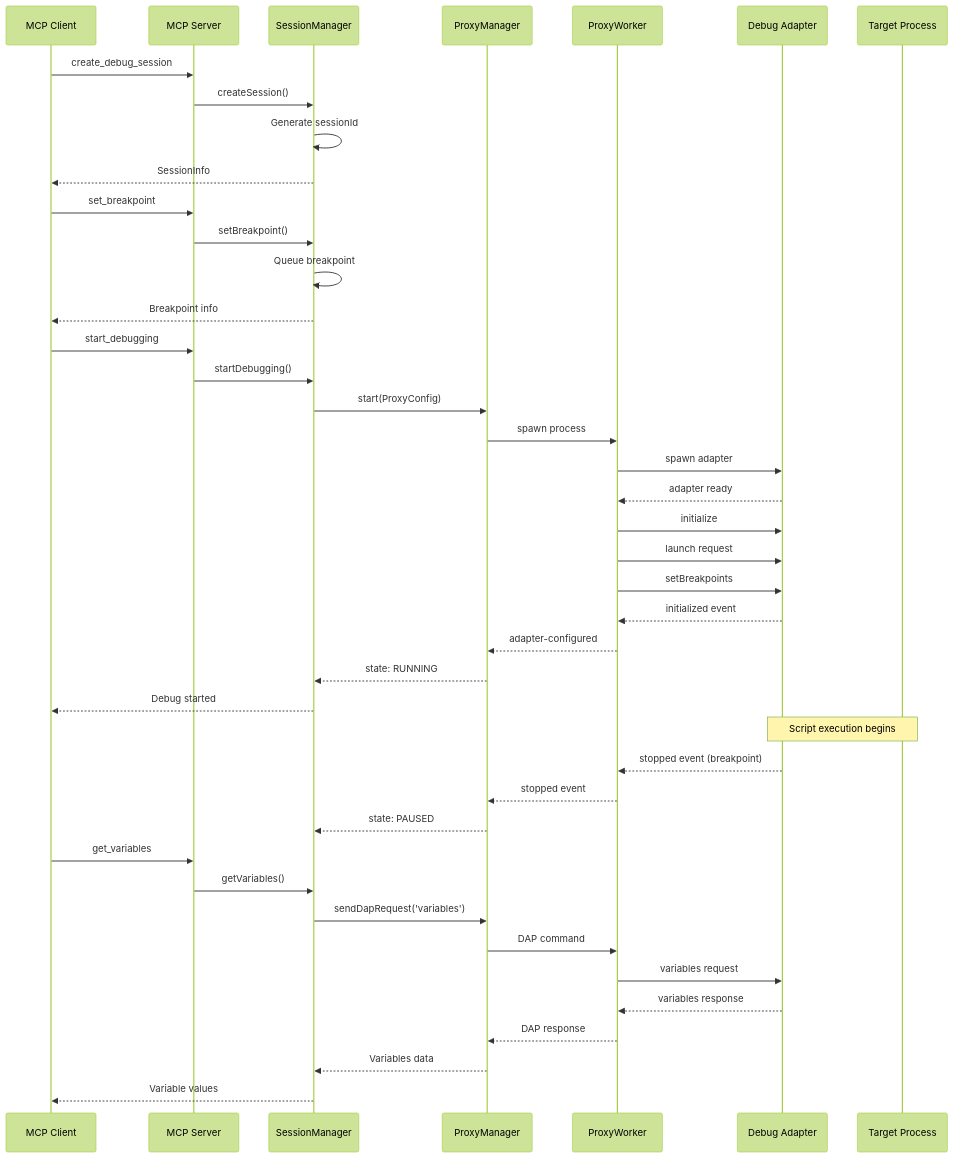
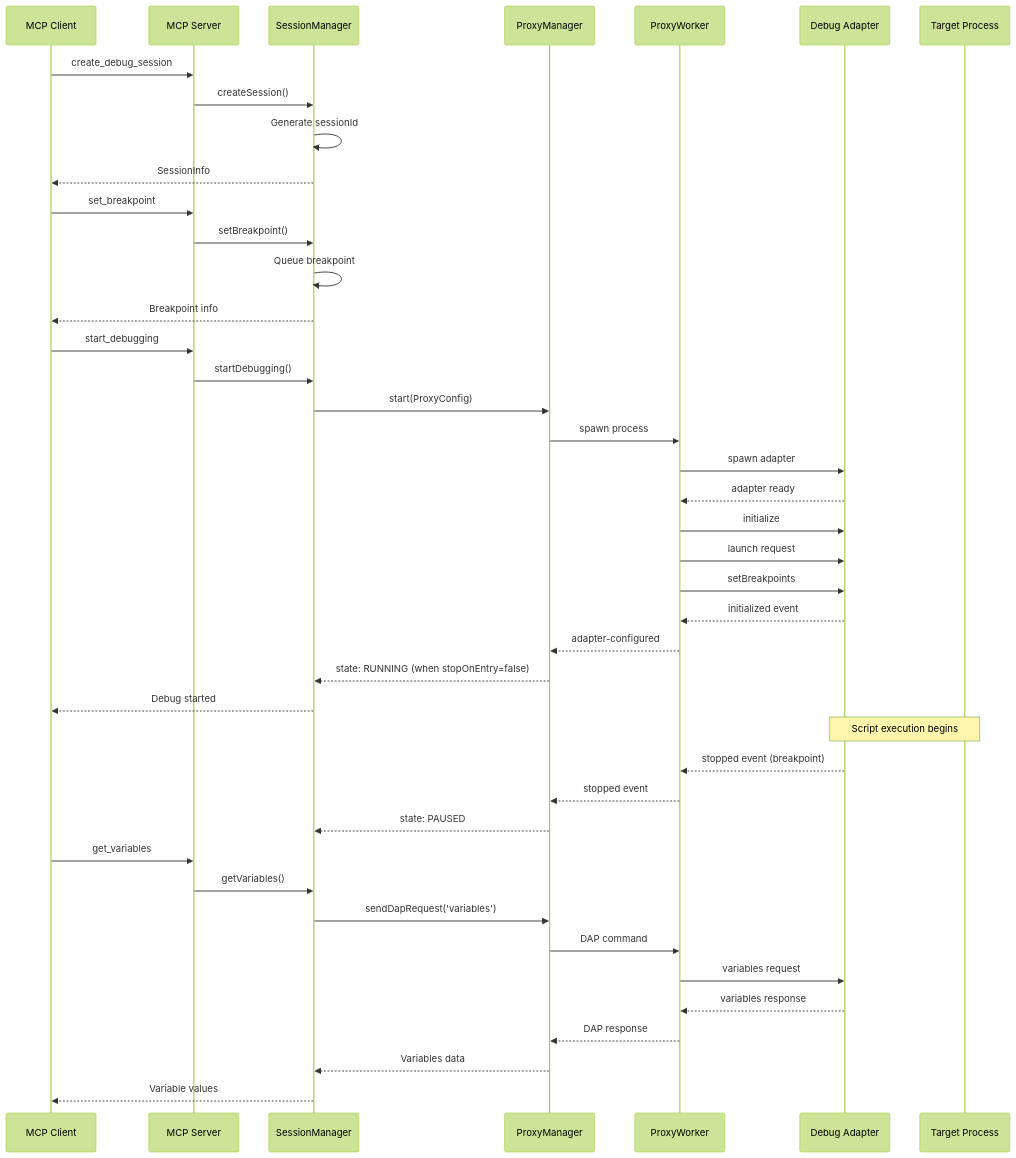
The second of 2 diagrams in docs/architecture/system-overview.md (debugmcp/mcp-debugger), drawn with Mermaid (forest theme) before and after one commit. The commit also changed other lines of this file and 107 other files, not shown here.

````diff
--- a/docs/architecture/system-overview.md
+++ b/docs/architecture/system-overview.md
@@ -144,50 +144,50 @@
 ```mermaid
 sequenceDiagram
     participant C as MCP Client
     participant S as MCP Server
     participant SM as SessionManager
     participant PM as ProxyManager
     participant PW as ProxyWorker
     participant DA as Debug Adapter
     participant TGT as Target Process
 
     C->>S: create_debug_session
     S->>SM: createSession()
     SM->>SM: Generate sessionId
     SM-->>C: SessionInfo
     
     C->>S: set_breakpoint
     S->>SM: setBreakpoint()
     SM->>SM: Queue breakpoint
     SM-->>C: Breakpoint info
     
     C->>S: start_debugging
     S->>SM: startDebugging()
     SM->>PM: start(ProxyConfig)
     PM->>PW: spawn process
     PW->>DA: spawn adapter
     DA-->>PW: adapter ready
     PW->>DA: initialize
     PW->>DA: launch request
     PW->>DA: setBreakpoints
     DA-->>PW: initialized event
     PW-->>PM: adapter-configured
-    PM-->>SM: state: RUNNING
+    PM-->>SM: state: RUNNING (when stopOnEntry=false)
     SM-->>C: Debug started
     
     Note over DA,TGT: Script execution begins
     
     DA-->>PW: stopped event (breakpoint)
     PW-->>PM: stopped event
     PM-->>SM: state: PAUSED
     
     C->>S: get_variables
     S->>SM: getVariables()
     SM->>PM: sendDapRequest('variables')
     PM->>PW: DAP command
     PW->>DA: variables request
     DA-->>PW: variables response
     PW-->>PM: DAP response
     PM-->>SM: Variables data
     SM-->>C: Variable values
 ```
````
